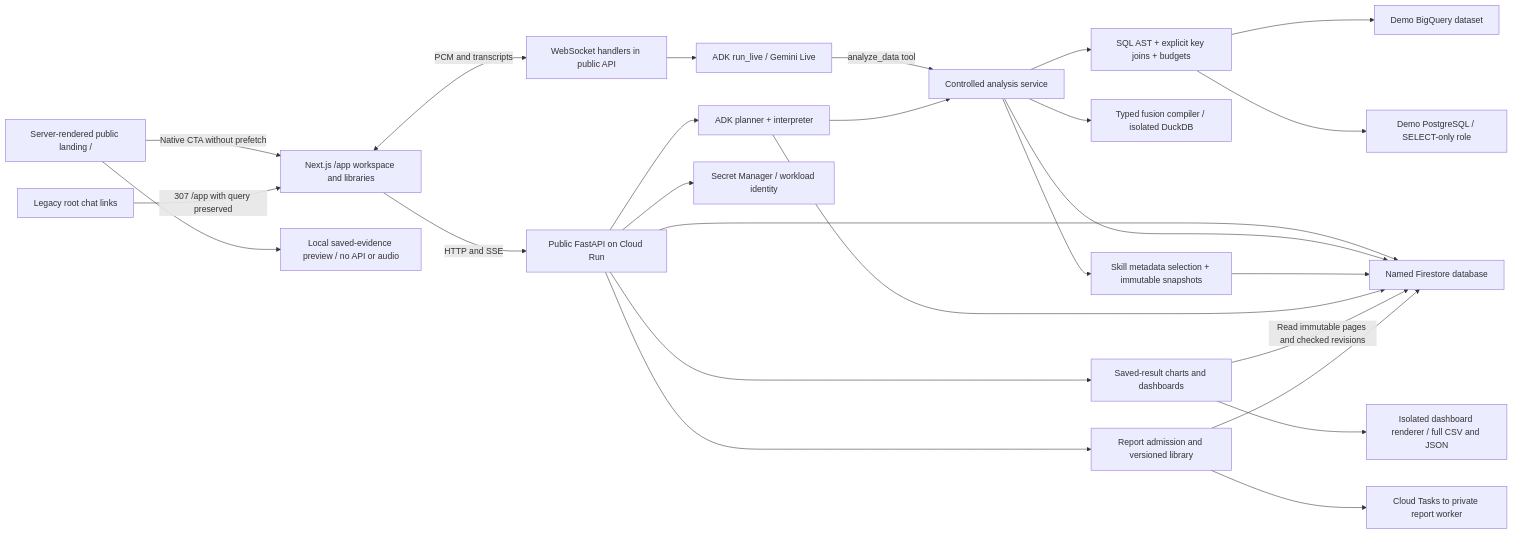
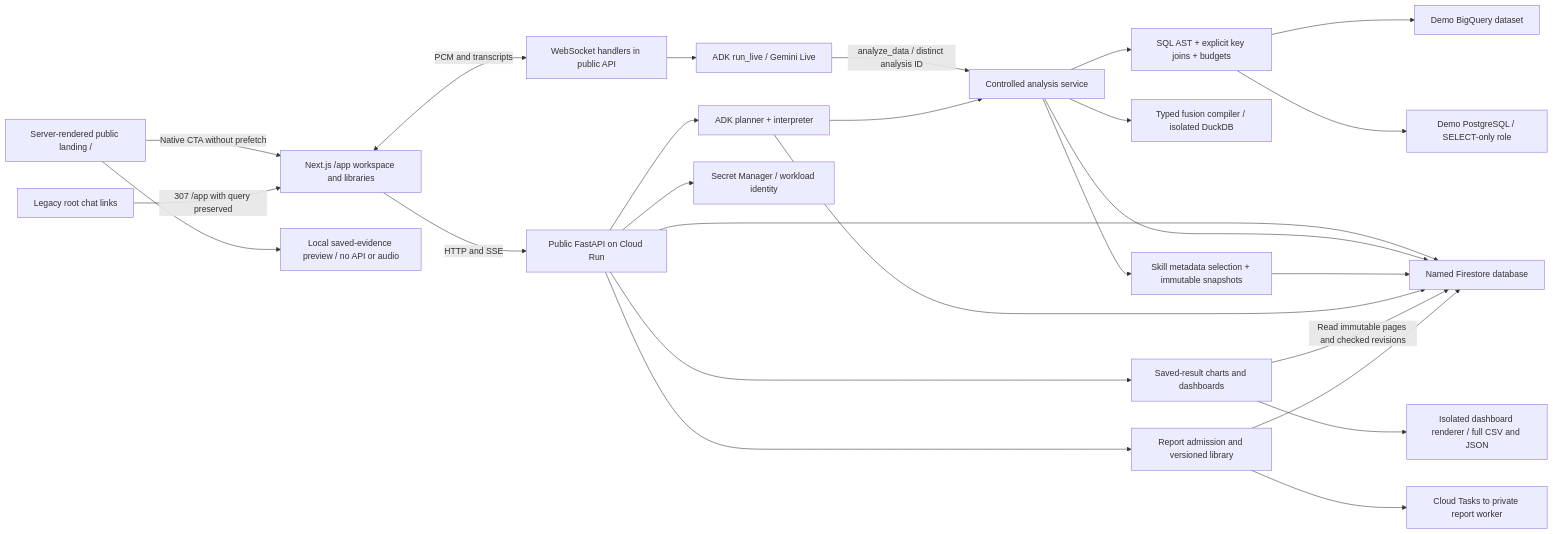
Before and after one commit to RusiruChathushanaka/querylane-agentic-bi: the diagram in docs/graphify/application.mmd, drawn with Mermaid. The commit also changed 11 other files, not shown here.

Commit message:
Refresh architecture and Graphify documentation for analytics and voice fixes

```diff
--- a/docs/graphify/application.mmd
+++ b/docs/graphify/application.mmd
@@ -1,26 +1,26 @@
 flowchart LR
     Landing[Server-rendered public landing /] -->|Native CTA without prefetch| Browser[Next.js /app workspace and libraries]
     Landing --> Preview[Local saved-evidence preview / no API or audio]
     Legacy[Legacy root chat links] -->|307 /app with query preserved| Browser
     Browser -->|HTTP and SSE| API[Public FastAPI on Cloud Run]
     Browser <-->|PCM and transcripts| Voice[WebSocket handlers in public API]
     API --> ADK[ADK planner + interpreter]
     Voice --> Live[ADK run_live / Gemini Live]
-    Live -->|analyze_data tool| Analysis[Controlled analysis service]
+    Live -->|analyze_data / distinct analysis ID| Analysis[Controlled analysis service]
     ADK --> Analysis
     Analysis --> Guard[SQL AST + explicit key joins + budgets]
     Guard --> BQ[Demo BigQuery dataset]
     Guard --> PG[Demo PostgreSQL / SELECT-only role]
     Analysis --> Fusion[Typed fusion compiler / isolated DuckDB]
     API --> Store[Named Firestore database]
     Analysis --> Store
     Analysis --> Skills[Skill metadata selection + immutable snapshots]
     Skills --> Store
     ADK --> Store
     API --> Saved[Saved-result charts and dashboards]
     Saved -->|Read immutable pages and checked revisions| Store
     Saved --> Export[Isolated dashboard renderer / full CSV and JSON]
     API --> Reports[Report admission and versioned library]
     Reports --> Store
     Reports --> Dispatch[Cloud Tasks to private report worker]
     API --> Secrets[Secret Manager / workload identity]
```
